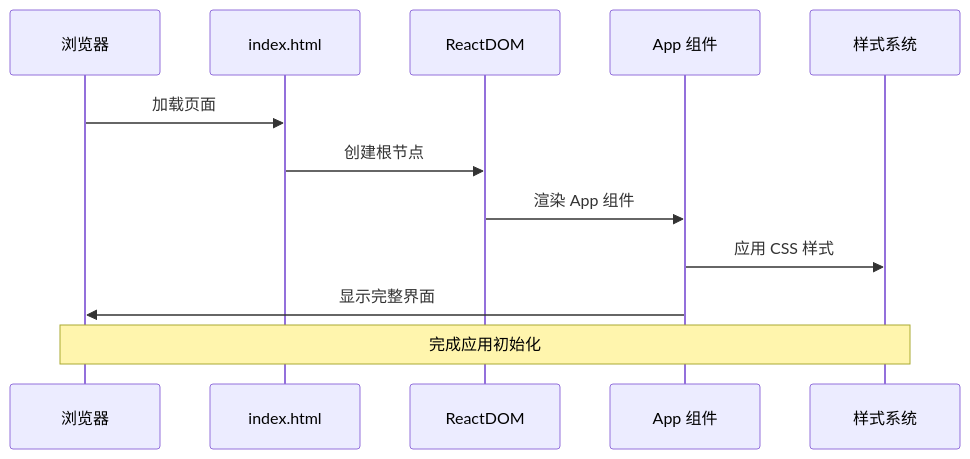
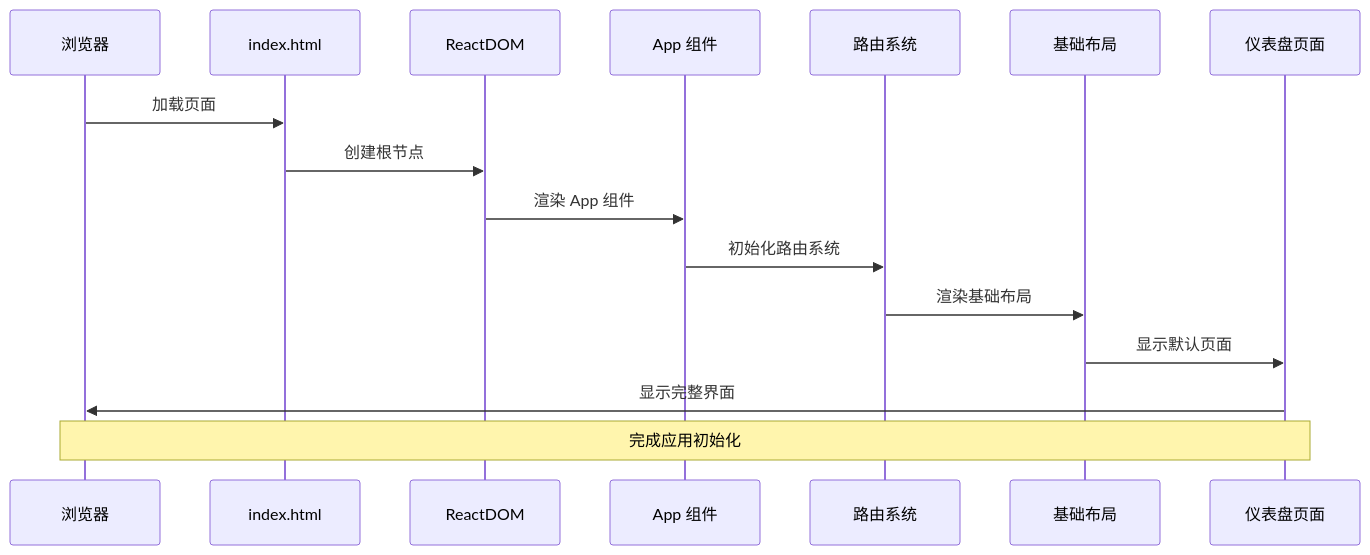
Before and after one commit to kkxxll/reactNext: the third of 9 diagrams in .qoder/repowiki/zh/content/核心组件/App 组件.md, drawn with Mermaid. The commit also changed other lines of this file and 12 other files, not shown here.

````diff
--- a/.qoder/repowiki/zh/content/核心组件/App 组件.md
+++ b/.qoder/repowiki/zh/content/核心组件/App 组件.md
@@ -135,14 +180,18 @@
 ```mermaid
 sequenceDiagram
 participant Browser as 浏览器
 participant HTML as index.html
 participant ReactDOM as ReactDOM
 participant App as App 组件
-participant Styles as 样式系统
+participant Router as 路由系统
+participant Layout as 基础布局
+participant Dashboard as 仪表盘页面
 Browser->>HTML : 加载页面
 HTML->>ReactDOM : 创建根节点
 ReactDOM->>App : 渲染 App 组件
-App->>Styles : 应用 CSS 样式
-App->>Browser : 显示完整界面
-Note over Browser,Styles : 完成应用初始化
+App->>Router : 初始化路由系统
+Router->>Layout : 渲染基础布局
+Layout->>Dashboard : 显示默认页面
+Dashboard->>Browser : 显示完整界面
+Note over Browser,Dashboard : 完成应用初始化
 ```
````
